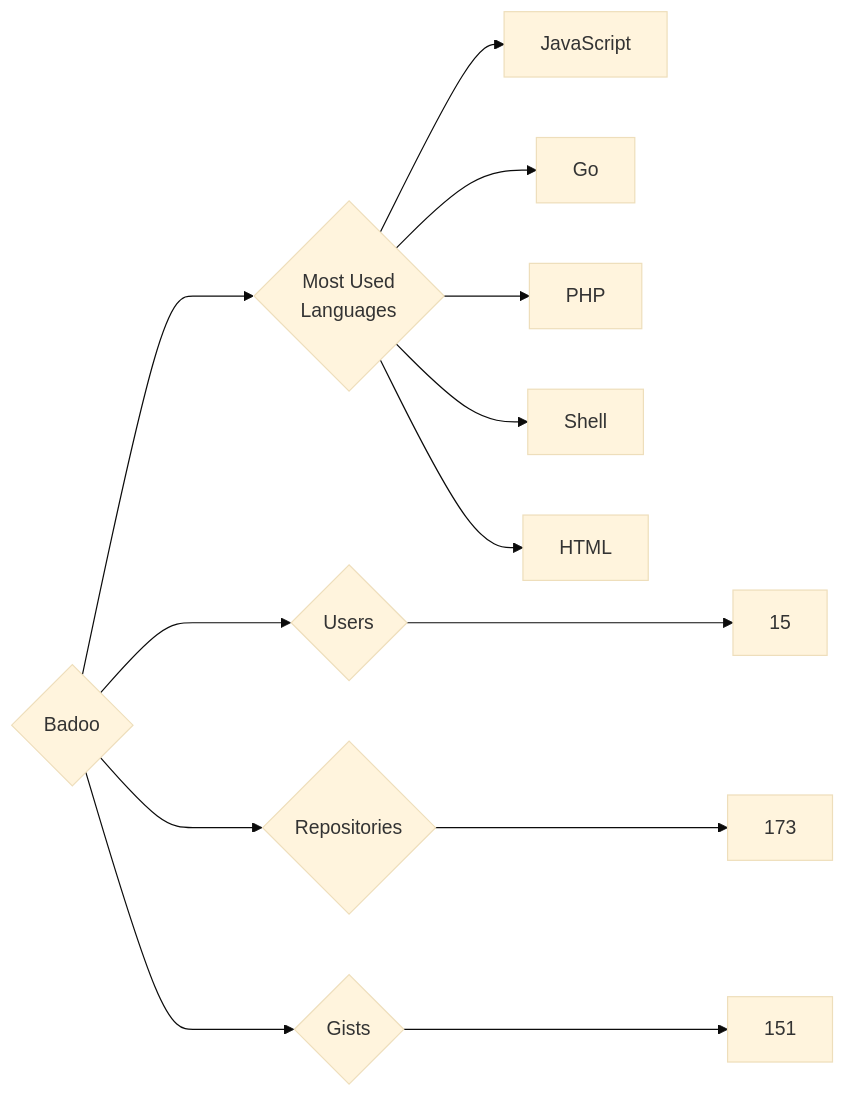
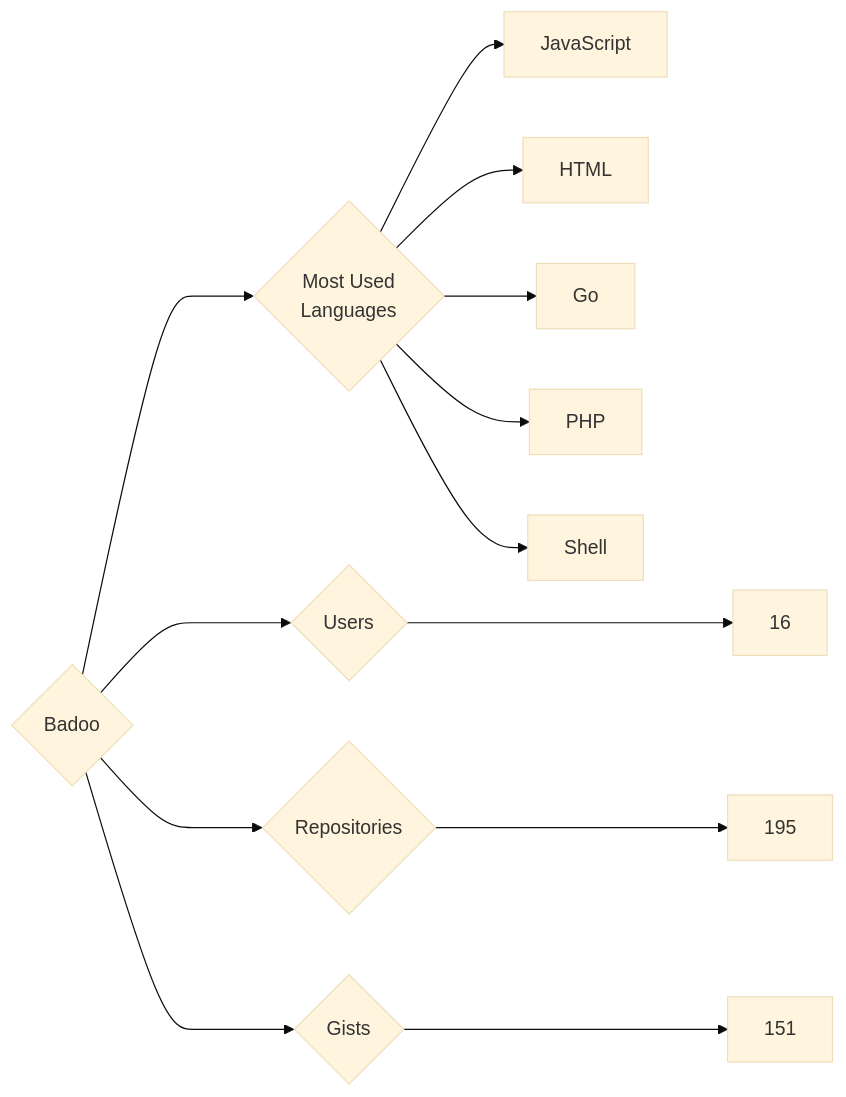
Before and after one commit to trickest/insiders: the diagram in targets/Badoo/README.md, drawn with Mermaid (base theme). The commit also changed 837 other files, not shown here.

````diff
--- a/targets/Badoo/README.md
+++ b/targets/Badoo/README.md
@@ -3,13 +3,13 @@
 ```mermaid
 graph LR
 COMPANY_NAME{Badoo}
-COMPANY_NAME ---> U{Users} ---> UN[15]
-COMPANY_NAME ---> R{Repositories} ---> RN[173]
+COMPANY_NAME ---> U{Users} ---> UN[16]
+COMPANY_NAME ---> R{Repositories} ---> RN[195]
 COMPANY_NAME ---> G{Gists} ---> GN[151]
 COMPANY_NAME ---> ML{Most Used<br>Languages}
 ML --> JavaScript[JavaScript]
+ML --> HTML[HTML]
 ML --> Go[Go]
 ML --> PHP[PHP]
 ML --> Shell[Shell]
-ML --> HTML[HTML]
 ```
````
